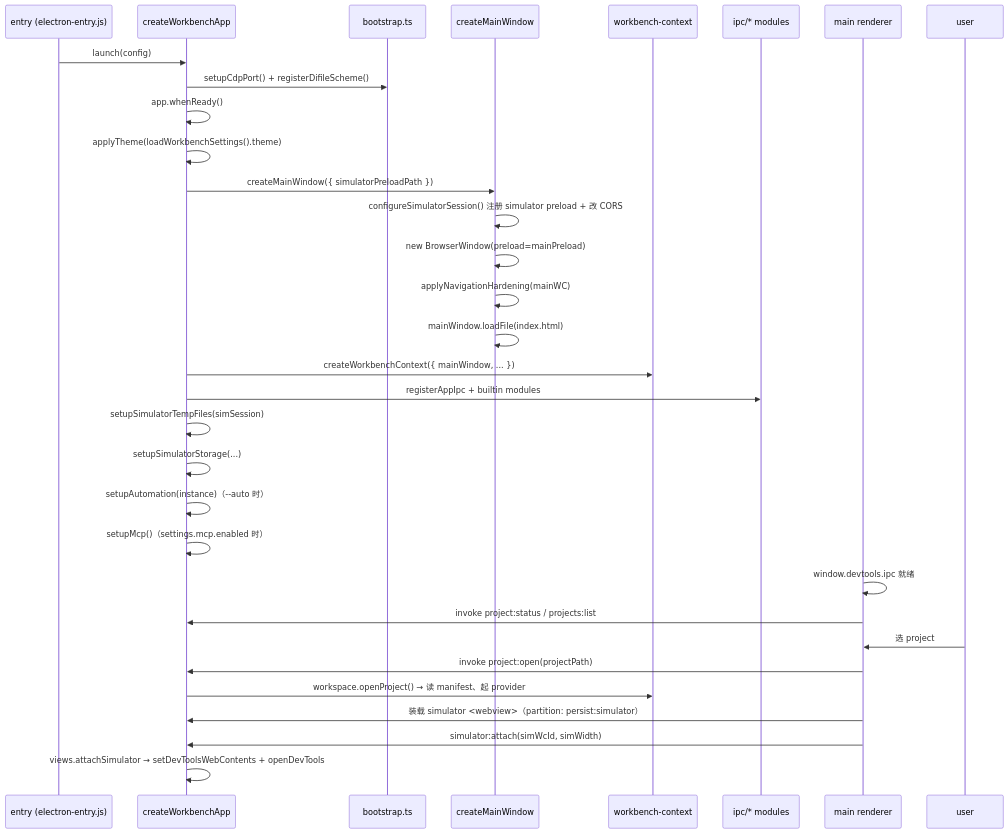
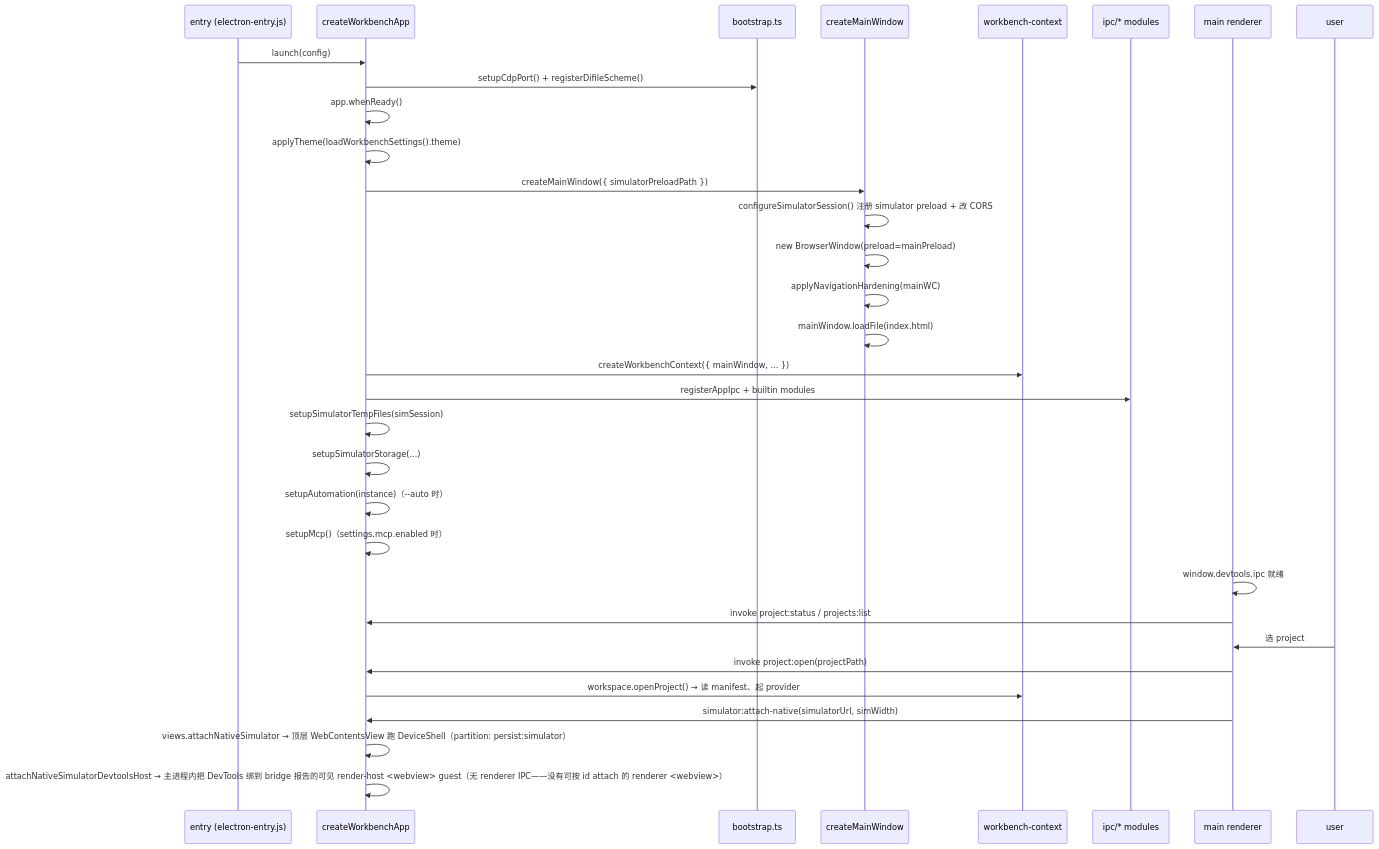
Before and after one commit to EchoTechFE/dimina-kit: the diagram in packages/devtools/docs/electron-container.md, drawn with Mermaid. The commit also changed other lines of this file and 13 other files, not shown here.

First line of the commit message:
refactor(devtools): Stage 4 — native-sole docs + dead-default-branch cleanup

````diff
--- a/packages/devtools/docs/electron-container.md
+++ b/packages/devtools/docs/electron-container.md
@@ -371,35 +354,35 @@
 ```mermaid
 sequenceDiagram
   participant Entry as entry (electron-entry.js)
   participant App as createWorkbenchApp
   participant Boot as bootstrap.ts
   participant Win as createMainWindow
   participant Ctx as workbench-context
   participant Ipc as ipc/* modules
   participant R as main renderer
   participant U as user
 
   Entry->>App: launch(config)
   App->>Boot: setupCdpPort() + registerDifileScheme()
   App->>App: app.whenReady()
   App->>App: applyTheme(loadWorkbenchSettings().theme)
   App->>Win: createMainWindow({ simulatorPreloadPath })
   Win->>Win: configureSimulatorSession() 注册 simulator preload + 改 CORS
   Win->>Win: new BrowserWindow(preload=mainPreload)
   Win->>Win: applyNavigationHardening(mainWC)
   Win->>Win: mainWindow.loadFile(index.html)
   App->>Ctx: createWorkbenchContext({ mainWindow, ... })
   App->>Ipc: registerAppIpc + builtin modules
   App->>App: setupSimulatorTempFiles(simSession)
   App->>App: setupSimulatorStorage(...)
   App->>App: setupAutomation(instance)（--auto 时）
   App->>App: setupMcp()（settings.mcp.enabled 时）
   R->>R: window.devtools.ipc 就绪
   R->>App: invoke project:status / projects:list
   U->>R: 选 project
   R->>App: invoke project:open(projectPath)
   App->>Ctx: workspace.openProject() → 读 manifest、起 provider
-  R->>App: 装载 simulator <webview>（partition: persist:simulator）
-  R->>App: simulator:attach(simWcId, simWidth)
-  App->>App: views.attachSimulator → setDevToolsWebContents + openDevTools
+  R->>App: simulator:attach-native(simulatorUrl, simWidth)
+  App->>App: views.attachNativeSimulator → 顶层 WebContentsView 跑 DeviceShell（partition: persist:simulator）
+  App->>App: attachNativeSimulatorDevtoolsHost → 主进程内把 DevTools 绑到 bridge 报告的可见 render-host <webview> guest（无 renderer IPC——没有可按 id attach 的 renderer <webview>）
 ```
````
